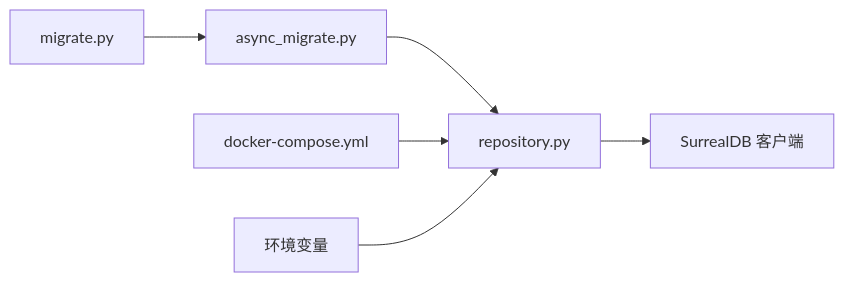
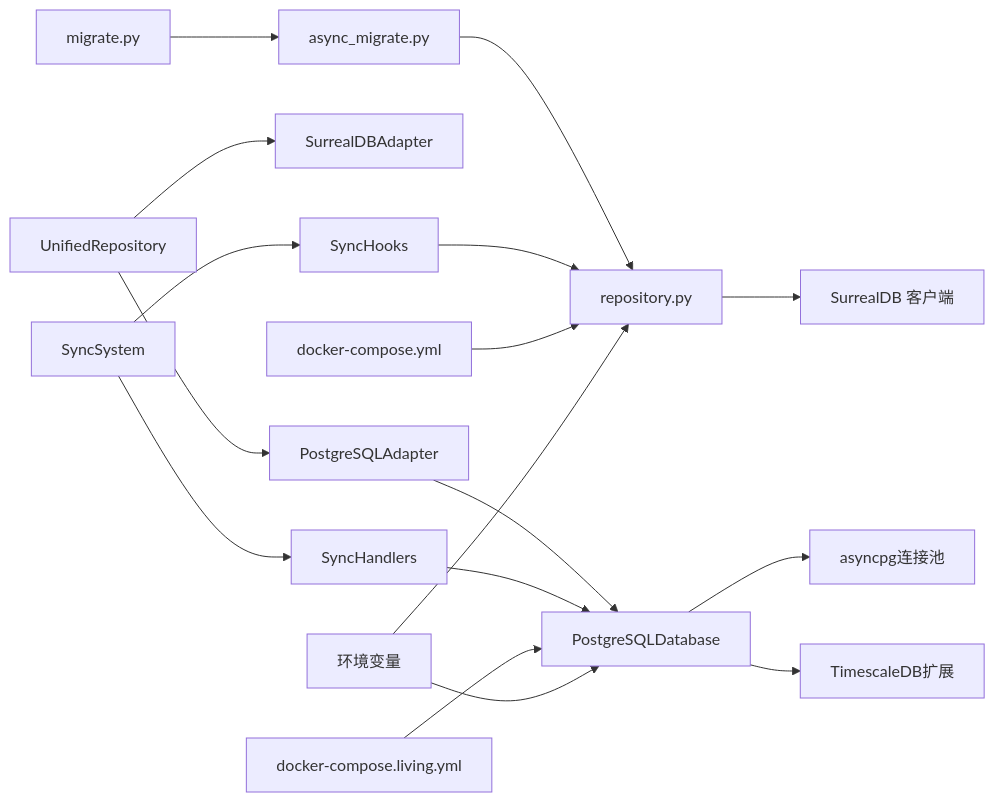
Before and after one commit to jackeyunjie/open-notebook: the tenth of 10 diagrams in .qoder/repowiki/zh/content/配置管理/数据库配置.md, drawn with Mermaid. The commit also changed other lines of this file and 51 other files, not shown here.

````diff
--- a/.qoder/repowiki/zh/content/配置管理/数据库配置.md
+++ b/.qoder/repowiki/zh/content/配置管理/数据库配置.md
@@ -304,8 +604,19 @@
 ```mermaid
 graph LR
 Repo["repository.py"] --> DB["SurrealDB 客户端"]
 MigMgr["async_migrate.py"] --> Repo
 SyncWrap["migrate.py"] --> MigMgr
+PostgresDB["PostgreSQLDatabase"] --> AsyncPG["asyncpg连接池"]
+PostgresDB --> Timescale["TimescaleDB扩展"]
+UnifiedRepo["UnifiedRepository"] --> SurrealAdapter["SurrealDBAdapter"]
+UnifiedRepo --> PostgresAdapter["PostgreSQLAdapter"]
+PostgresAdapter --> PostgresDB
+SyncSystem["SyncSystem"] --> SyncHandlers["SyncHandlers"]
+SyncSystem --> SyncHooks["SyncHooks"]
+SyncHandlers --> PostgresDB
+SyncHooks --> Repo
 DC["docker-compose.yml"] --> Repo
+DCLiving["docker-compose.living.yml"] --> PostgresDB
 Env["环境变量"] --> Repo
+Env --> PostgresDB
 ```
````
